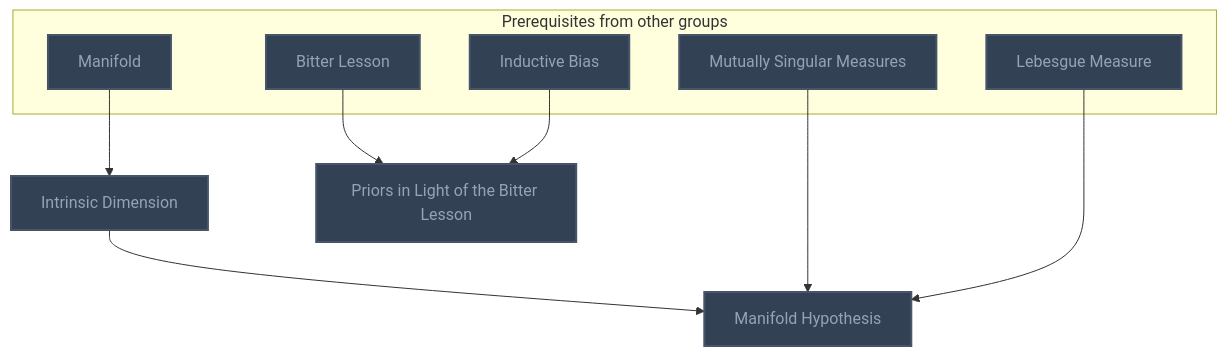
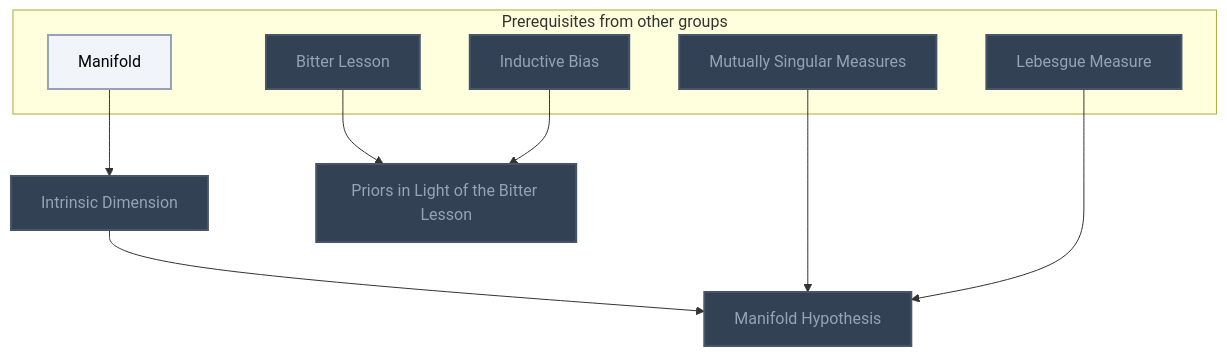
One commit to MRauf1/My-Notes changed the sixth of 9 diagrams in Gamification/Skill Trees/Machine Learning.md. Above: the diagram before and after it, drawn with Mermaid. The commit also changed other lines of this file and 145 other files, not shown here.

````diff
--- a/Gamification/Skill Trees/Machine Learning.md
+++ b/Gamification/Skill Trees/Machine Learning.md
@@ -252,30 +255,31 @@
 ```mermaid
 flowchart TD
     classDef planned fill:#1E293B,stroke:#64748B,stroke-width:2px,stroke-dasharray:5 5,color:#94A3B8;
     classDef locked fill:#334155,stroke:#475569,stroke-width:2px,color:#94A3B8;
     classDef L0 fill:#F1F5F9,stroke:#94A3B8,stroke-width:2px,color:#000000;
     classDef L1 fill:#22C55E,stroke:#15803D,stroke-width:2px,color:#000000;
     classDef L2 fill:#3B82F6,stroke:#1D4ED8,stroke-width:3px,color:#FFFFFF;
     classDef L3 fill:#A855F7,stroke:#6B21A8,stroke-width:3px,color:#FFFFFF,font-weight:bold;
     classDef L4 fill:#F97316,stroke:#C2410C,stroke-width:4px,color:#000000,font-weight:bold;
     classDef L5 fill:#FFD700,stroke:#FF8C00,stroke-width:5px,color:#000000,font-weight:bold;
     classDef rusty stroke:#8B4513,stroke-width:4px,stroke-dasharray:3 3;
     subgraph sg_prereqs["Prerequisites from other groups"]
         n_manifold["Manifold"]
         n_mutually_singular_measures["Mutually Singular Measures"]
         n_lebesgue_measure["Lebesgue Measure"]
         n_bitter_lesson["Bitter Lesson"]
         n_inductive_bias["Inductive Bias"]
     end
     n_intrinsic_dimension["Intrinsic Dimension"]
     n_manifold_hypothesis["Manifold Hypothesis"]
     n_priors_in_light_of_the_bitter_lesson["Priors in Light of the Bitter Lesson"]
     n_manifold --> n_intrinsic_dimension
     n_intrinsic_dimension --> n_manifold_hypothesis
     n_mutually_singular_measures --> n_manifold_hypothesis
     n_lebesgue_measure --> n_manifold_hypothesis
     n_bitter_lesson --> n_priors_in_light_of_the_bitter_lesson
     n_inductive_bias --> n_priors_in_light_of_the_bitter_lesson
-    class n_manifold,n_mutually_singular_measures,n_lebesgue_measure,n_bitter_lesson,n_inductive_bias,n_intrinsic_dimension,n_manifold_hypothesis,n_priors_in_light_of_the_bitter_lesson locked;
+    class n_mutually_singular_measures,n_lebesgue_measure,n_bitter_lesson,n_inductive_bias,n_intrinsic_dimension,n_manifold_hypothesis,n_priors_in_light_of_the_bitter_lesson locked;
+    class n_manifold L0;
     class n_manifold,n_mutually_singular_measures,n_lebesgue_measure,n_bitter_lesson,n_inductive_bias,n_intrinsic_dimension,n_manifold_hypothesis,n_priors_in_light_of_the_bitter_lesson internal-link;
 ```
````
